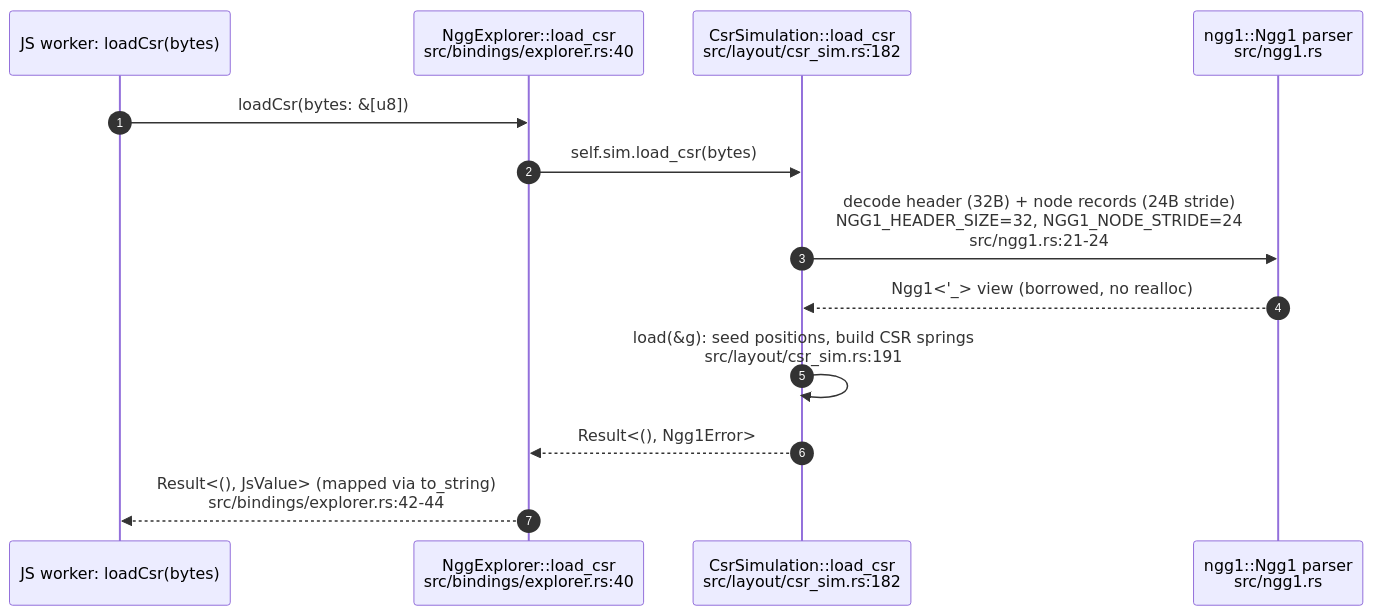
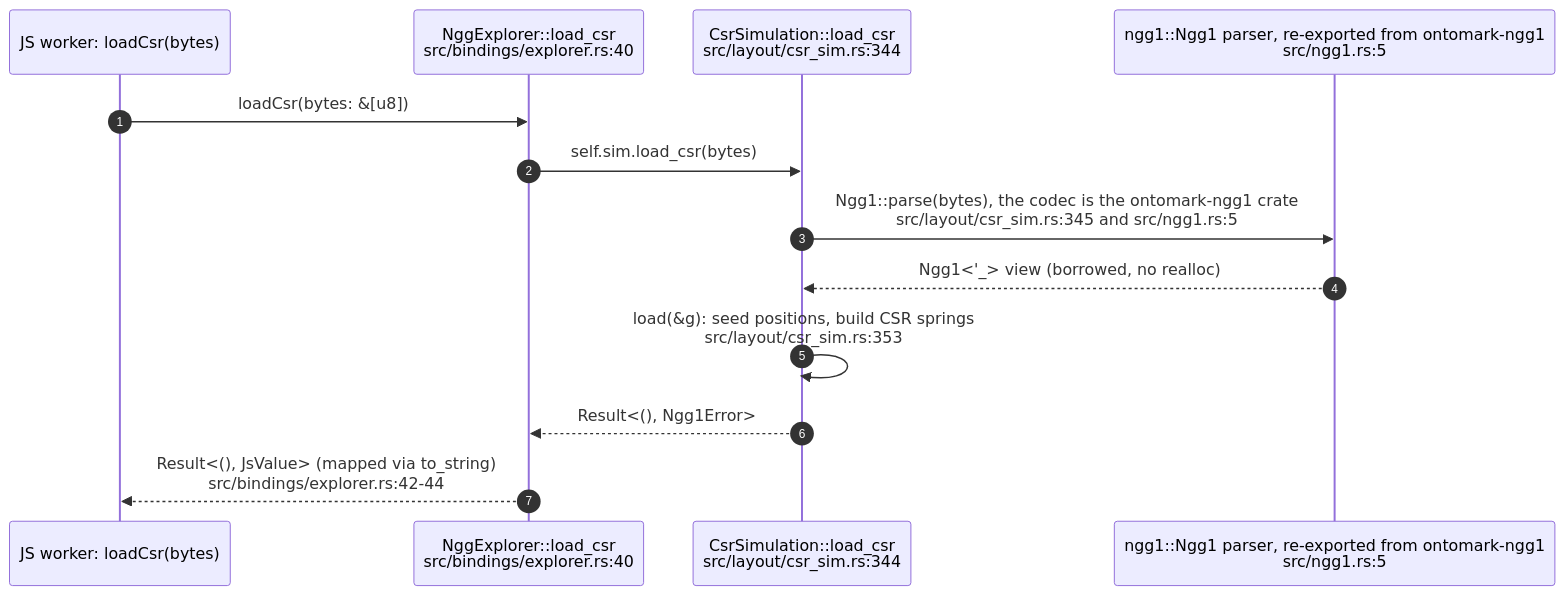
Before and after one commit to DreamLab-AI/VisionFlow: the sixth of 9 diagrams in docs/diagrams/vowl-wasm/03-force-layout-lifecycle.md, drawn with Mermaid. The commit also changed other lines of this file and 160 other files, not shown here.

````diff
--- a/docs/diagrams/vowl-wasm/03-force-layout-lifecycle.md
+++ b/docs/diagrams/vowl-wasm/03-force-layout-lifecycle.md
@@ -109,15 +117,15 @@
 ```mermaid
 sequenceDiagram
     autonumber
     participant JS as JS worker: loadCsr(bytes)
     participant NX as NggExplorer::load_csr<br/>src/bindings/explorer.rs:40
-    participant CS as CsrSimulation::load_csr<br/>src/layout/csr_sim.rs:182
-    participant N1 as ngg1::Ngg1 parser<br/>src/ngg1.rs
+    participant CS as CsrSimulation::load_csr<br/>src/layout/csr_sim.rs:344
+    participant N1 as ngg1::Ngg1 parser, re-exported from ontomark-ngg1<br/>src/ngg1.rs:5
     JS->>NX: loadCsr(bytes: &[u8])
     NX->>CS: self.sim.load_csr(bytes)
-    CS->>N1: decode header (32B) + node records (24B stride)<br/>NGG1_HEADER_SIZE=32, NGG1_NODE_STRIDE=24<br/>src/ngg1.rs:21-24
+    CS->>N1: Ngg1::parse(bytes), the codec is the ontomark-ngg1 crate<br/>src/layout/csr_sim.rs:345 and src/ngg1.rs:5
     N1-->>CS: Ngg1<'_> view (borrowed, no realloc)
-    CS->>CS: load(&g): seed positions, build CSR springs<br/>src/layout/csr_sim.rs:191
+    CS->>CS: load(&g): seed positions, build CSR springs<br/>src/layout/csr_sim.rs:353
     CS-->>NX: Result<(), Ngg1Error>
     NX-->>JS: Result<(), JsValue> (mapped via to_string)<br/>src/bindings/explorer.rs:42-44
 ```
````
